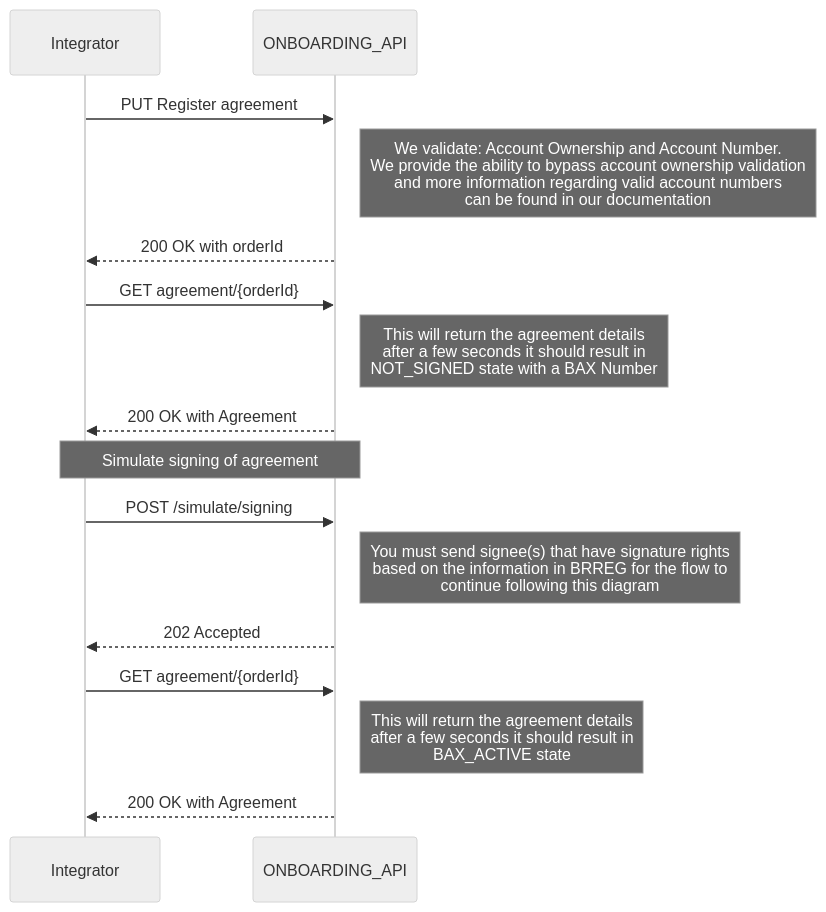
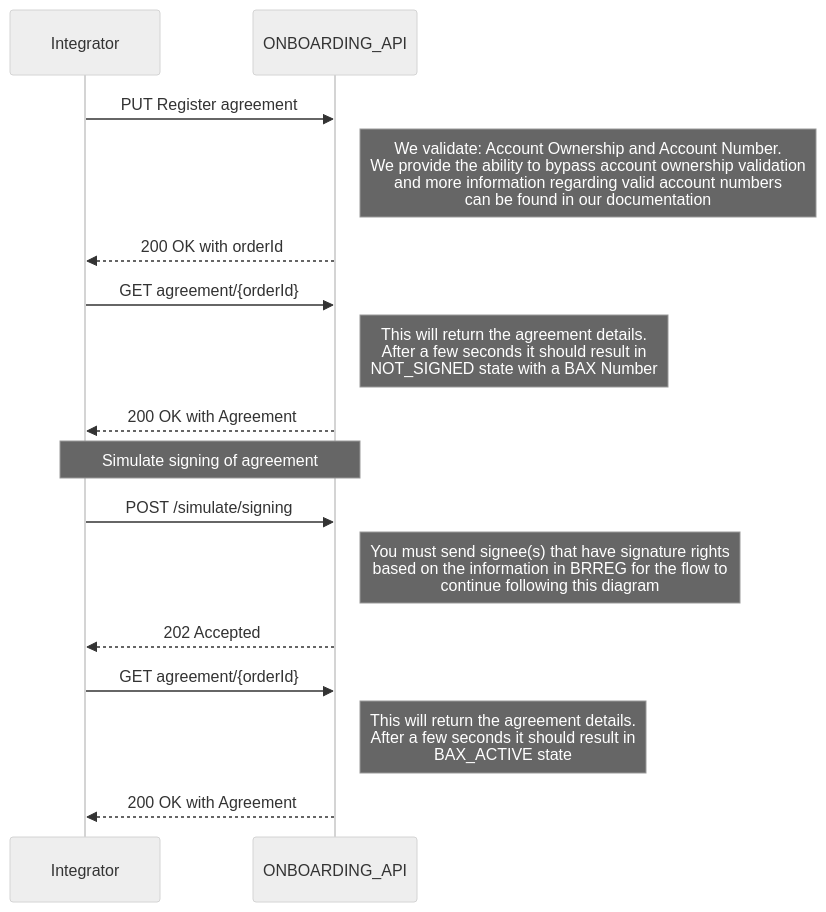
One commit to BankAxept/bankaxept-onboarding-external-documentation changed the third of 5 diagrams in docs/getting_started.md. Above: the diagram before and after it, drawn with Mermaid (neutral theme). The commit also changed other lines of this file, not shown here.

````diff
--- a/docs/getting_started.md
+++ b/docs/getting_started.md
@@ -68,20 +68,20 @@
 ```mermaid
 sequenceDiagram
 participant I as Integrator
 participant O as ONBOARDING_API
 
 I ->> O: PUT Register agreement
 note right of O: We validate: Account Ownership and Account Number. <br/> We provide the ability to bypass account ownership validation <br/> and more information regarding valid account numbers <br/> can be found in our documentation
 O -->> I: 200 OK with orderId
 
 I ->> O: GET agreement/{orderId}
-note right of O: This will return the agreement details <br/> after a few seconds it should result in <br/> NOT_SIGNED state with a BAX Number
+note right of O: This will return the agreement details. <br/> After a few seconds it should result in <br/> NOT_SIGNED state with a BAX Number
 O -->> I: 200 OK with Agreement
 note over I, O: Simulate signing of agreement
 I ->> O: POST /simulate/signing
 note right of O: You must send signee(s) that have signature rights <br/> based on the information in BRREG for the flow to <br/> continue following this diagram
 O -->> I: 202 Accepted
 I ->> O : GET agreement/{orderId}
-note right of O: This will return the agreement details <br/> after a few seconds it should result in <br/> BAX_ACTIVE state
+note right of O: This will return the agreement details. <br/> After a few seconds it should result in <br/> BAX_ACTIVE state
 O -->> I: 200 OK with Agreement
 ```
````
